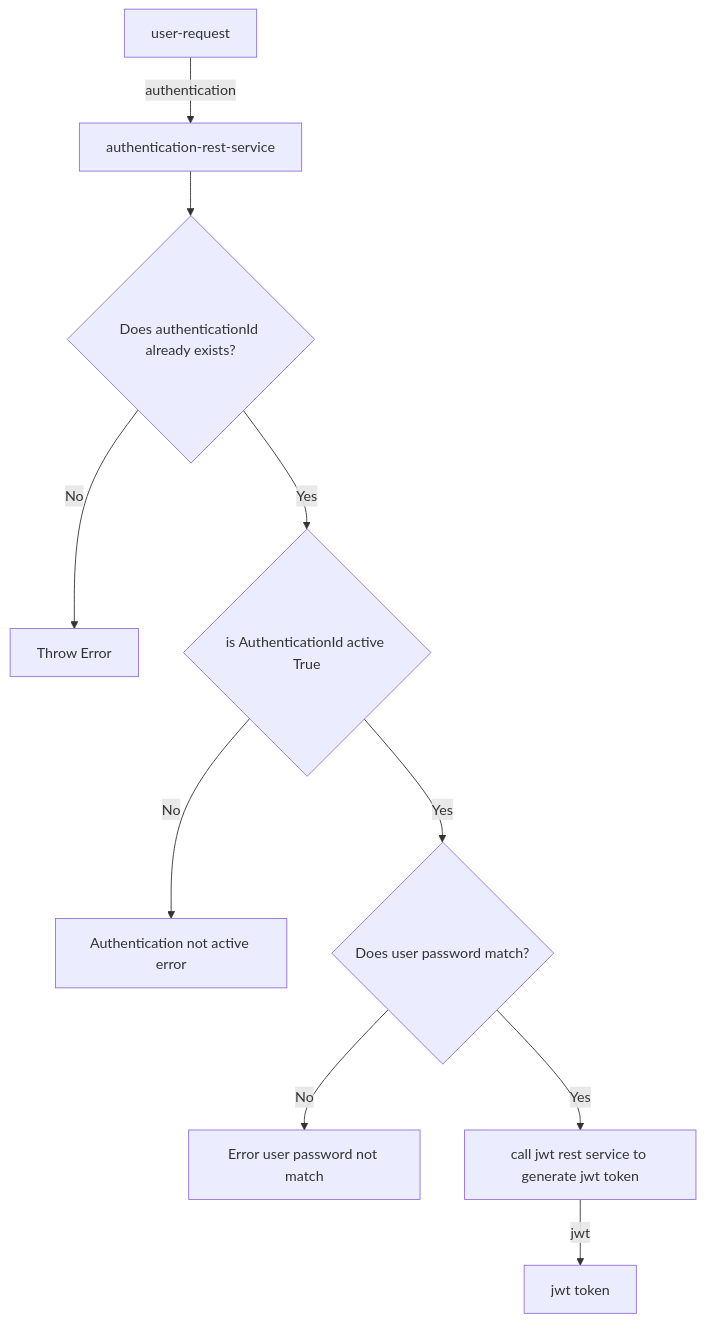
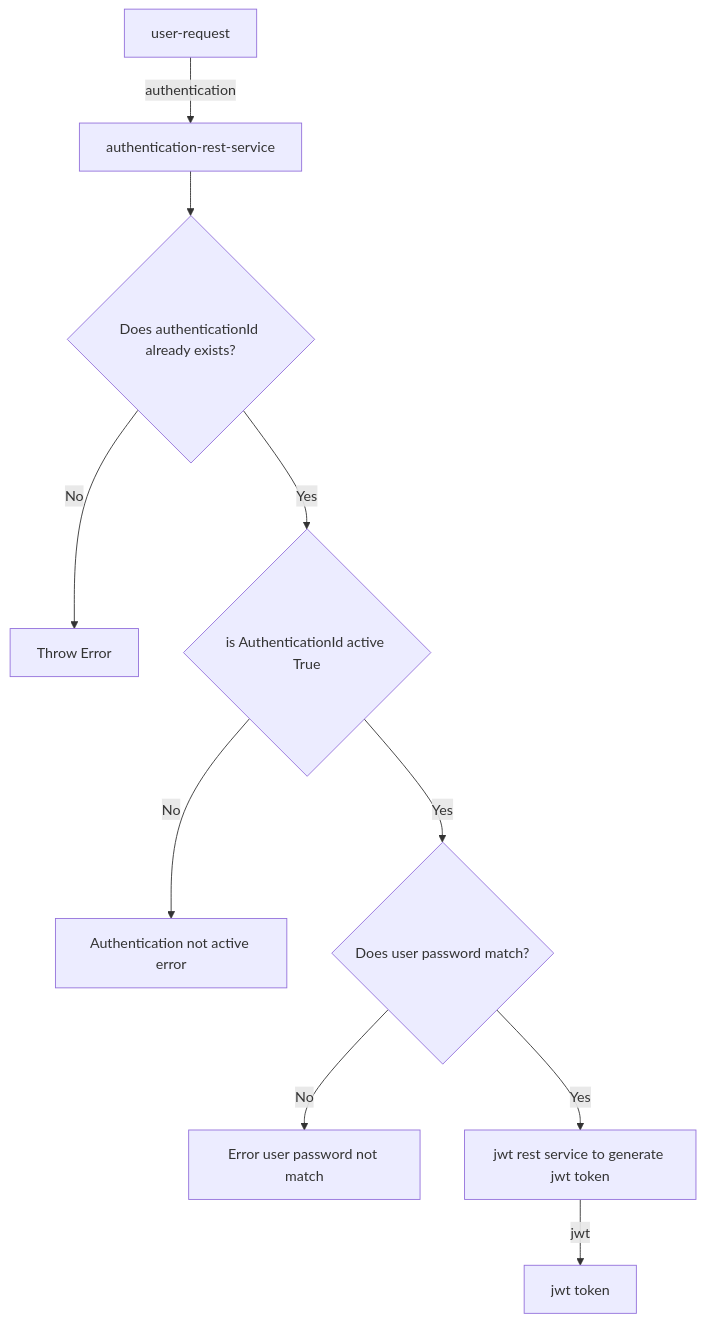
One commit to sonamsamdupkhangsar/authentication-rest-service changed the second of 2 diagrams in README.md. Above: the diagram before and after it, drawn with Mermaid.

Commit message:
add authentication workflow

````diff
--- a/README.md
+++ b/README.md
@@ -25,12 +25,12 @@
 ```mermaid
 flowchart TD
     user-request[user-request] -->|authentication| authentication-rest-service[authentication-rest-service]
     authentication-rest-service --> authenticationIdExists{Does authenticationId already exists?}
     authenticationIdExists --> |No| Error[Throw Error]
     authenticationIdExists --> |Yes| CheckAuthIdExistAndIsActiveTrue{is AuthenticationId active True}
     CheckAuthIdExistAndIsActiveTrue -->|No| AuthNotActive[Authentication not active error]
     CheckAuthIdExistAndIsActiveTrue -->|Yes| CheckUserPasswordMatch{Does user password match?}
     CheckUserPasswordMatch -->|No| UserPasswordNotMatchError[Error user password not match]
-    CheckUserPasswordMatch -->|Yes| CallJwtRestService[call jwt rest service to generate jwt token]
+    CheckUserPasswordMatch -->|Yes| CallJwtRestService[jwt rest service to generate jwt token]
     CallJwtRestService -->|jwt| JWT[jwt token]
 ```
````
